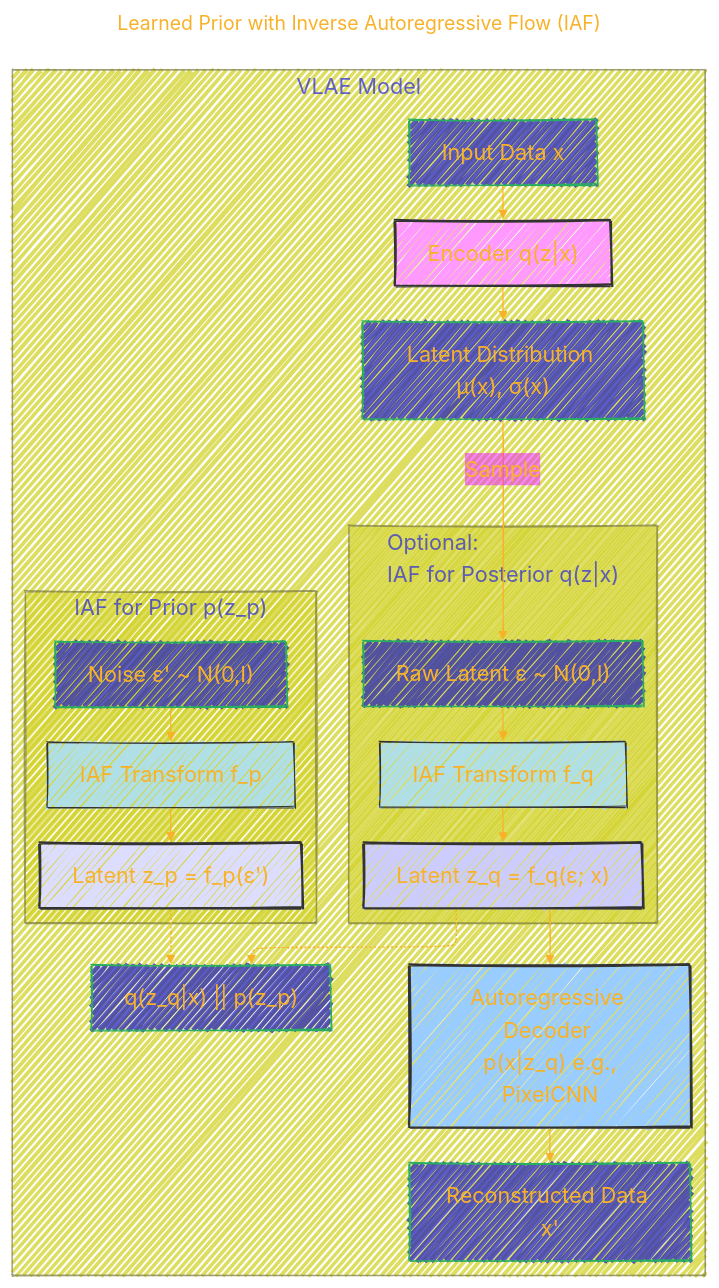
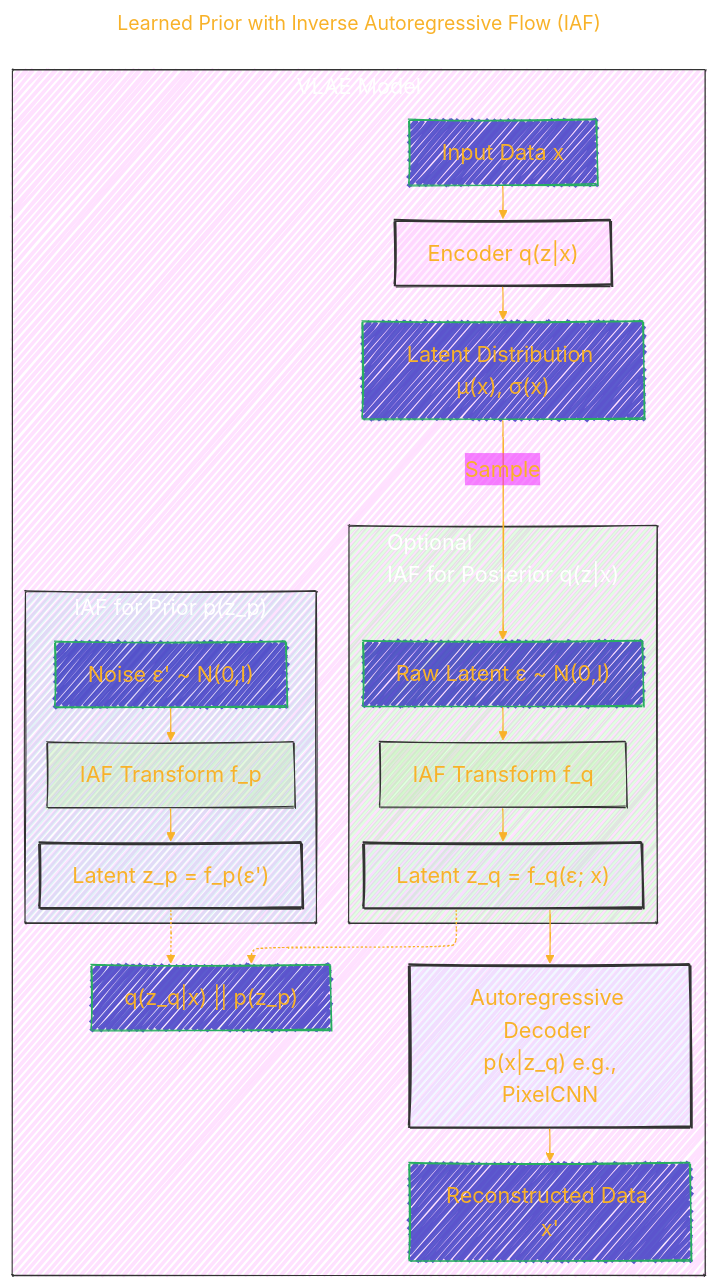
One commit to CongLeSolutionX/Ilya_Sutskever_reading_list changed the third of 5 diagrams in Variational_Lossy_Autoencoder/Variational_Lossy_Autoencoder.md. Above: the diagram before and after it, drawn with Mermaid. The commit also changed other lines of this file, not shown here.

````diff
--- a/Variational_Lossy_Autoencoder/Variational_Lossy_Autoencoder.md
+++ b/Variational_Lossy_Autoencoder/Variational_Lossy_Autoencoder.md
@@ -258,64 +266,67 @@
 ```mermaid
 ---
 title: "Learned Prior with Inverse Autoregressive Flow (IAF)"
 author: "Cong Le"
 version: "1.0"
 license(s): "MIT, CC BY-SA 4.0"
 copyright: "Copyright (c) 2025 Cong Le. All Rights Reserved."
 config:
   layout: elk
   theme: base
   look: handDrawn
 ---
 %%%%%%%% Mermaid version v11.4.1-b.14
 %%%%%%%% Available curve styles include the following keywords:
 %% basis, bumpX, bumpY, cardinal, catmullRom, linear, monotoneX, monotoneY, natural, step, stepAfter, stepBefore.
 %%{
   init: {
     'flowchart': { 'htmlLabels': true, 'curve': 'basis' },
     'fontFamily': 'American Typewriter, monospace',
     'logLevel': 'fatal',
     'themeVariables': {
       'primaryColor': '#22BB',
       'primaryTextColor': '#F8B229',
       'lineColor': '#F8B229',
       'primaryBorderColor': '#27AE60',
       'secondaryColor': '#E2F1',
       'secondaryTextColor': '#6C3483',
       'secondaryBorderColor': '#A569BD',
       'fontSize': '20px'
     }
   }
 }%%
 flowchart TD
     subgraph VLAE_Model["VLAE Model"]
+    style VLAE_Model fill:#F2F2,stroke:#333,stroke-width:1px, color: #FFFF
         X["Input Data x"] --> Enc["Encoder q(z|x)"]
         Enc --> Z_dist["Latent Distribution μ(x), σ(x)"]
         Z_dist -- Sample --> Z_raw["Raw Latent ε ~ N(0,I)"]
 
-        subgraph IAF_Posterior["Optional:<br/>IAF for Posterior q(z|x)"]
+        subgraph IAF_Posterior["Optional<br/>IAF for Posterior q(z|x)"]
+        style IAF_Posterior fill:#2F22,stroke:#333,stroke-width:1px, color: #FFFF
             Z_raw --> IAF_q["IAF Transform f_q"]
             IAF_q --> Z_q["Latent z_q = f_q(ε; x)"]
         end
 
         Z_q --> AR_Dec["Autoregressive Decoder <br> p(x|z_q) e.g., PixelCNN"]
         AR_Dec --> X_recon["Reconstructed Data x'"]
 
         subgraph IAF_Prior["IAF for Prior p(z_p)"]
+        style IAF_Prior fill:#2AB2,stroke:#333,stroke-width:1px, color: #FFFF
              Z_prior_sample["Noise ε' ~ N(0,I)"] --> IAF_p["IAF Transform f_p"]
              IAF_p --> Z_p["Latent z_p = f_p(ε')"]
         end
         
         %% Note over KLDiv: KL between q(z_q|x) and p(z_p)
         KLDiv["q(z_q|x) || p(z_p)"]
         Z_q -.-> KLDiv
         Z_p -.-> KLDiv
     end
 
-    style Enc fill:#f9f,stroke:#333,stroke-width:2px
-    style AR_Dec fill:#9cf,stroke:#333,stroke-width:2px
-    style Z_q fill:#ccf,stroke:#333,stroke-width:2px
-    style Z_p fill:#ddf,stroke:#333,stroke-width:2px
-    style IAF_q fill:#B0E0E6,stroke:#333,stroke-width:1px
-    style IAF_p fill:#B0E0E6,stroke:#333,stroke-width:1px
+    style Enc fill:#f9f2,stroke:#333,stroke-width:2px
+    style AR_Dec fill:#9cf2,stroke:#333,stroke-width:2px
+    style Z_q fill:#ccf2,stroke:#333,stroke-width:2px
+    style Z_p fill:#ddf2,stroke:#333,stroke-width:2px
+    style IAF_q fill:#BEA6,stroke:#333,stroke-width:1px
+    style IAF_p fill:#BEA6,stroke:#333,stroke-width:1px
 ```
````
